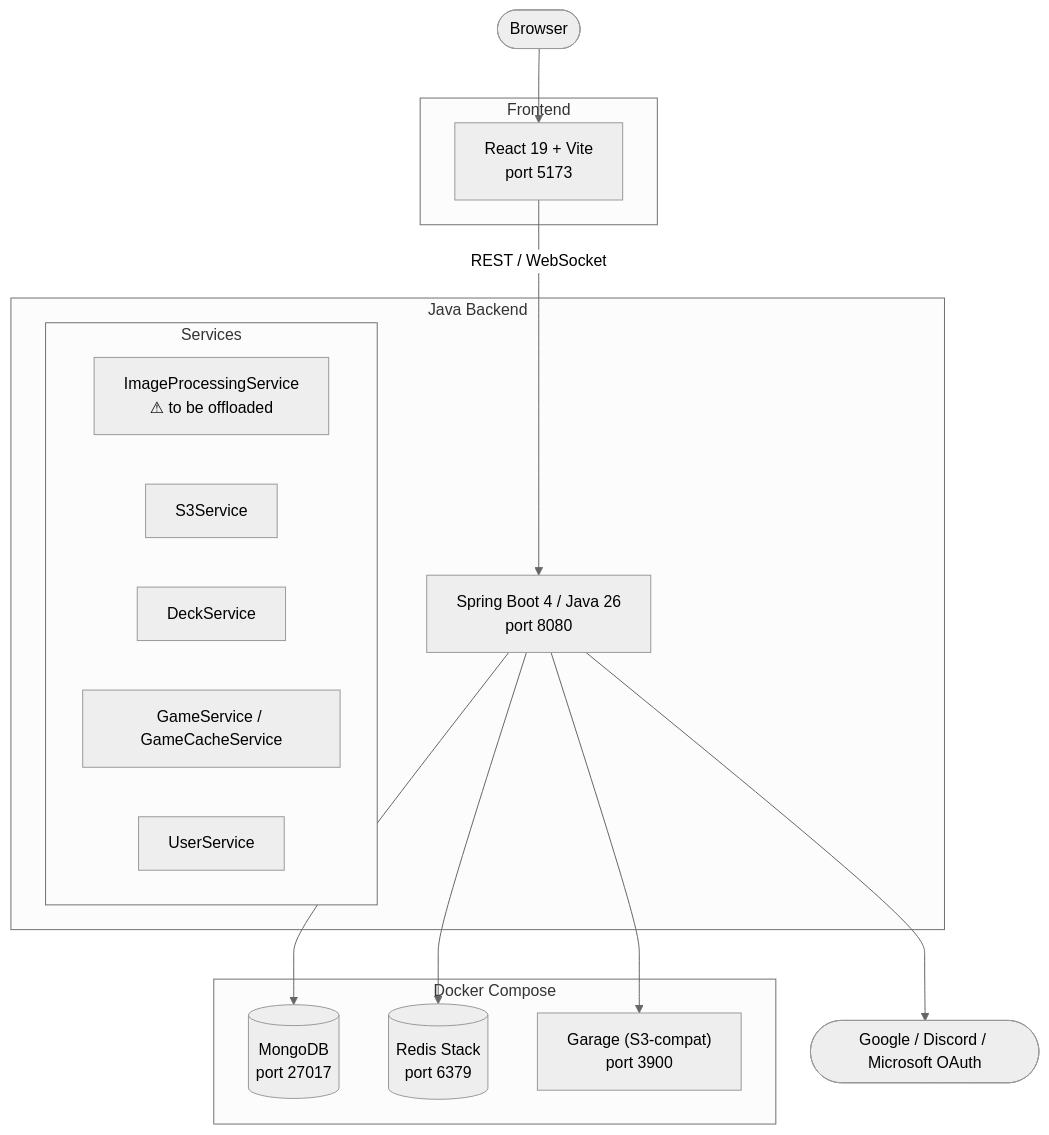
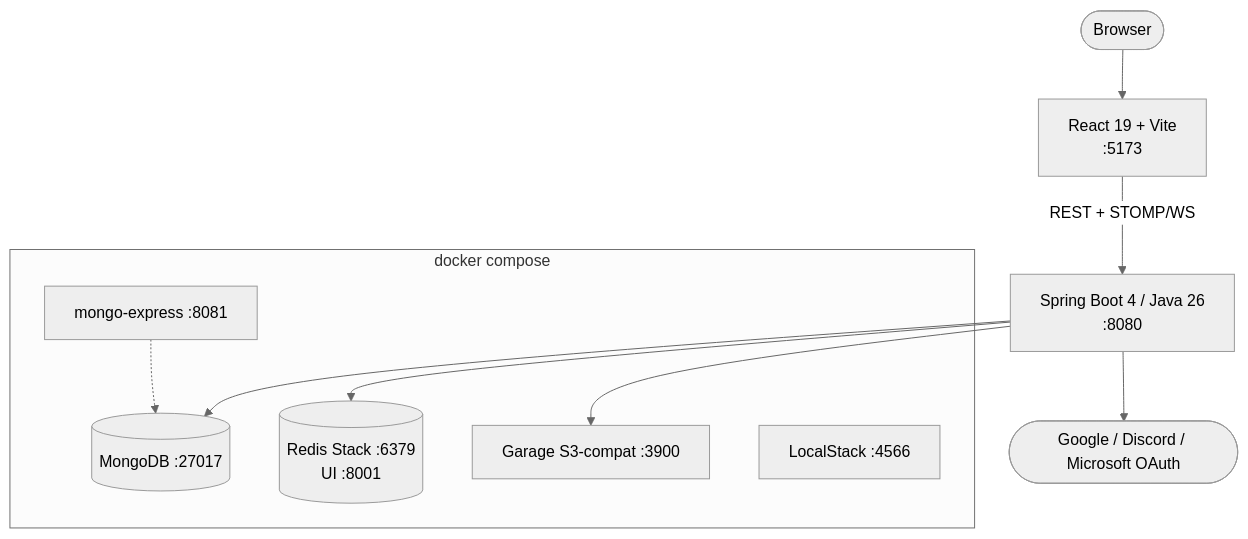
The diagram in z-docs/infrastructure/infrastructure.md (Saganaut/ambi), drawn with Mermaid (neutral theme) before and after one commit. The commit also changed other lines of this file and 91 other files, not shown here.

````diff
--- a/z-docs/infrastructure/infrastructure.md
+++ b/z-docs/infrastructure/infrastructure.md
@@ -9,34 +9,24 @@
 ```mermaid
 flowchart TB
     Browser(["Browser"])
+    Vite["React 19 + Vite<br/>:5173"]
+    SpringBoot["Spring Boot 4 / Java 26<br/>:8080"]
 
-    subgraph FE["Frontend"]
-        Vite["React 19 + Vite\nport 5173"]
+    subgraph Docker["docker compose"]
+        MongoDB[("MongoDB :27017")]
+        Redis[("Redis Stack :6379<br/>UI :8001")]
+        Garage["Garage S3-compat :3900"]
+        Mx["mongo-express :8081"]
+        Ls["LocalStack :4566"]
     end
 
-    subgraph BE["Java Backend"]
-        SpringBoot["Spring Boot 4 / Java 26\nport 8080"]
-        subgraph Services["Services"]
-            ImageSvc["ImageProcessingService\n⚠ to be offloaded"]
-            S3Svc["S3Service"]
-            ContentSvc["DeckService"]
-            GameSvc["GameService / GameCacheService"]
-            UserSvc["UserService"]
-        end
-    end
-
-    subgraph Docker["Docker Compose"]
-        MongoDB[("MongoDB\nport 27017")]
-        Redis[("Redis Stack\nport 6379")]
-        Garage["Garage (S3-compat)\nport 3900"]
-    end
-
-    GoogleOAuth(["Google / Discord / Microsoft OAuth"])
+    IdP(["Google / Discord / Microsoft OAuth"])
 
     Browser --> Vite
-    Vite -- "REST / WebSocket" --> SpringBoot
+    Vite -- "REST + STOMP/WS" --> SpringBoot
     SpringBoot --> MongoDB
     SpringBoot --> Redis
     SpringBoot --> Garage
-    SpringBoot --> GoogleOAuth
+    SpringBoot --> IdP
+    Mx -.-> MongoDB
 ```
````
